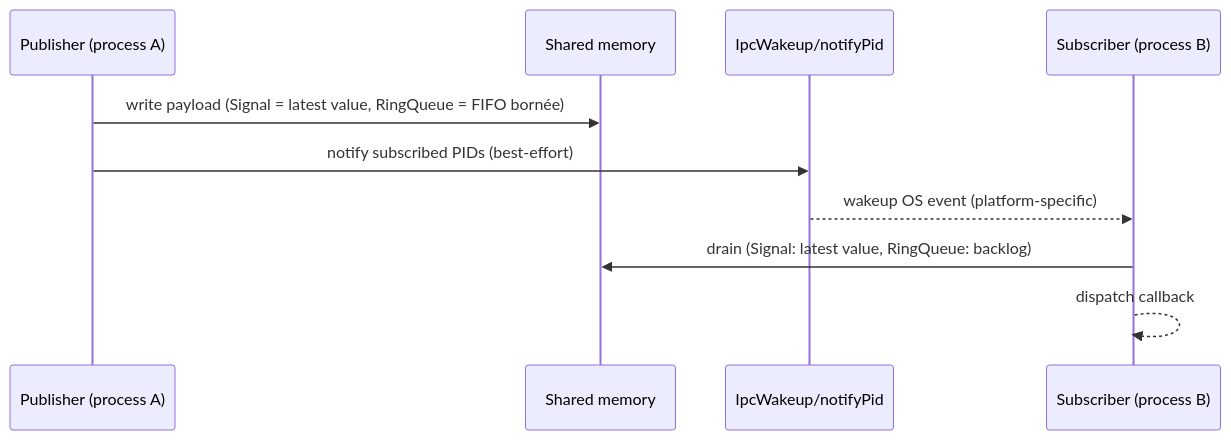
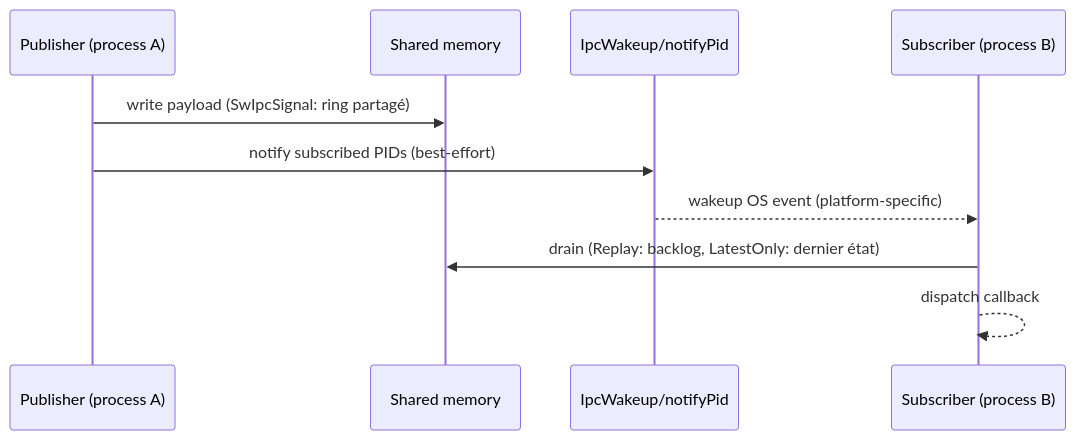
Before and after one commit to CeriMey/SwStack: the diagram in docs/features/30_ipc_shared_memory_pubsub.md, drawn with Mermaid. The commit also changed other lines of this file and 164 other files, not shown here.

````diff
--- a/docs/features/30_ipc_shared_memory_pubsub.md
+++ b/docs/features/30_ipc_shared_memory_pubsub.md
@@ -62,13 +94,13 @@
 ```mermaid
 sequenceDiagram
   participant Pub as Publisher (process A)
   participant SHM as Shared memory
   participant W as IpcWakeup/notifyPid
   participant Sub as Subscriber (process B)
 
-  Pub->>SHM: write payload (Signal = latest value, RingQueue = FIFO bornée)
+  Pub->>SHM: write payload (SwIpcSignal: ring partagé)
   Pub->>W: notify subscribed PIDs (best-effort)
   W-->>Sub: wakeup OS event (platform-specific)
-  Sub->>SHM: drain (Signal: latest value, RingQueue: backlog)
+  Sub->>SHM: drain (Replay: backlog, LatestOnly: dernier état)
   Sub-->>Sub: dispatch callback
 ```
````
